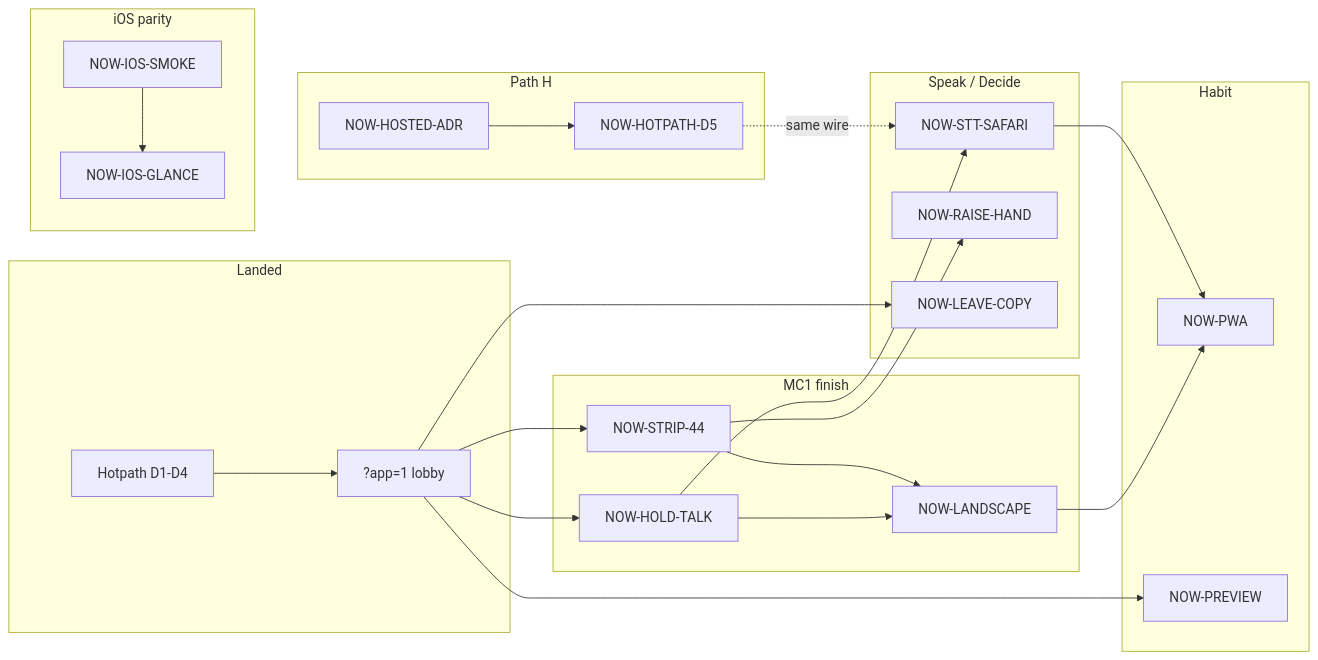
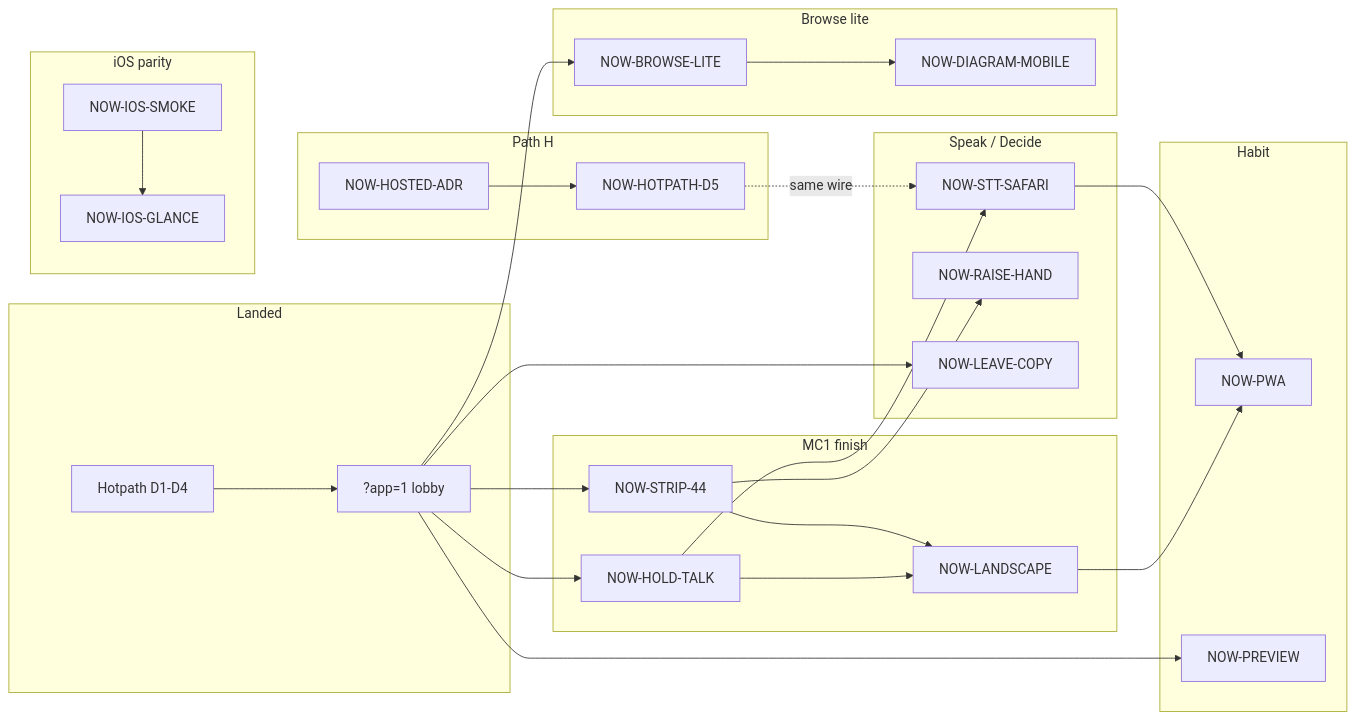
The diagram in docs/drivecode/plans/cline-drivemode/initiatives/portfolio-now/README.md (hhalperin/cline-drivecode), drawn with Mermaid before and after one commit. The commit also changed other lines of this file and 20 other files, not shown here.

First line of the commit message:
feat(drive): Browse lite pages + mobile diagram presentation

````diff
--- a/docs/drivecode/plans/cline-drivemode/initiatives/portfolio-now/README.md
+++ b/docs/drivecode/plans/cline-drivemode/initiatives/portfolio-now/README.md
@@ -40,43 +40,49 @@
 ```mermaid
 flowchart LR
   subgraph done [Landed]
     HP14[Hotpath D1-D4]
     APP1["?app=1 lobby"]
   end
   subgraph mc1 [MC1 finish]
     HTT[NOW-HOLD-TALK]
     STRIP[NOW-STRIP-44]
     LAND[NOW-LANDSCAPE]
   end
   subgraph speak [Speak / Decide]
     STT[NOW-STT-SAFARI]
     HAND[NOW-RAISE-HAND]
     LEAVE[NOW-LEAVE-COPY]
   end
   subgraph habit [Habit]
     PWA[NOW-PWA]
     PREV[NOW-PREVIEW]
   end
   subgraph ios [iOS parity]
     B01[NOW-IOS-SMOKE]
     B02[NOW-IOS-GLANCE]
   end
+  subgraph browse [Browse lite]
+    BL[NOW-BROWSE-LITE]
+    DM[NOW-DIAGRAM-MOBILE]
+  end
   subgraph cloud [Path H]
     H5[NOW-HOSTED-ADR]
     D5[NOW-HOTPATH-D5]
   end
   HP14 --> APP1
   APP1 --> HTT
   APP1 --> STRIP
   HTT --> LAND
   STRIP --> LAND
   HTT --> STT
   STRIP --> HAND
   APP1 --> LEAVE
   LAND --> PWA
   STT --> PWA
   APP1 --> PREV
+  APP1 --> BL
+  BL --> DM
   B01 --> B02
   H5 --> D5
   D5 -.->|same wire| STT
 ```
````
